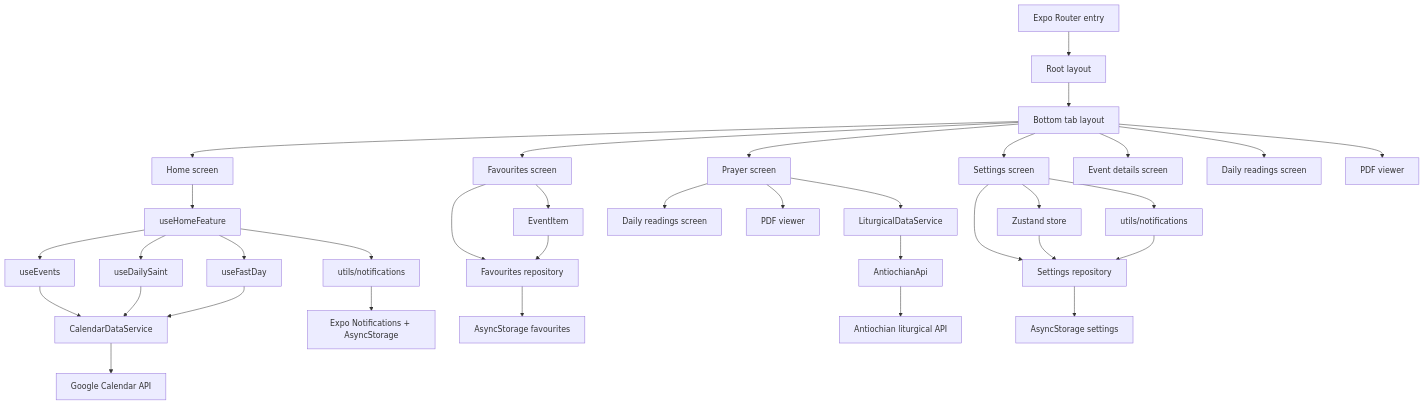
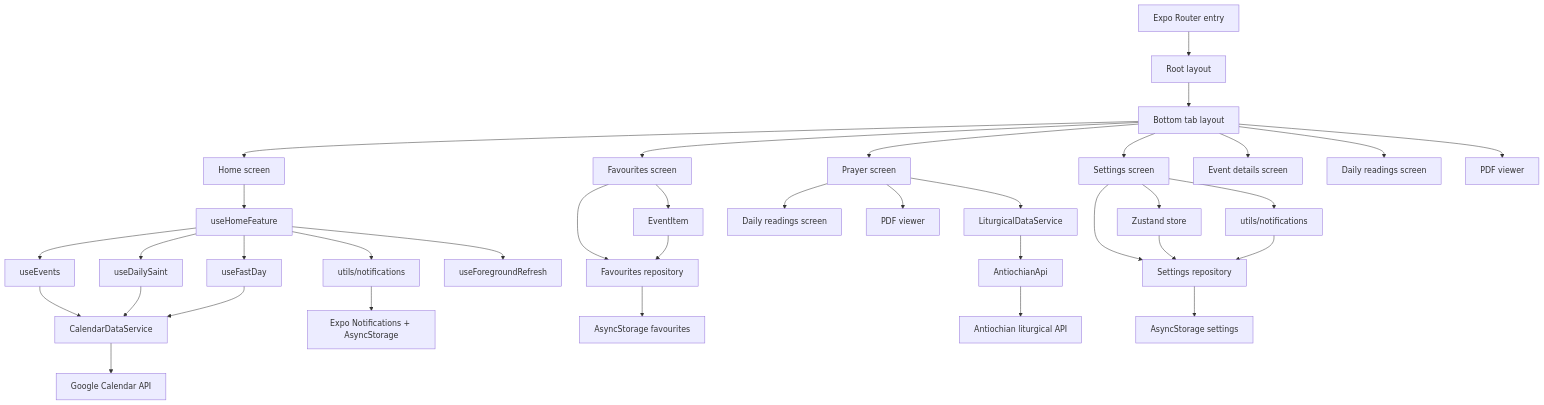
One commit to Edesem/SPAOC changed the diagram in docs/current-architecture.md. Above: the diagram before and after it, drawn with Mermaid. The commit also changed other lines of this file, not shown here.

First line of the commit message:
chore(hooks): document useForegroundRefresh in the architecture notes

````diff
--- a/docs/current-architecture.md
+++ b/docs/current-architecture.md
@@ -54,41 +54,42 @@
 ```mermaid
 flowchart TD
     A[Expo Router entry] --> B[Root layout]
     B --> C[Bottom tab layout]
     C --> D[Home screen]
     C --> E[Favourites screen]
     C --> F[Prayer screen]
     C --> G[Settings screen]
     C --> H[Event details screen]
     C --> I[Daily readings screen]
     C --> J[PDF viewer]
 
     D --> D6[useHomeFeature]
     D6 --> D1[useEvents]
     D6 --> D2[useDailySaint]
     D6 --> D3[useFastDay]
     D6 --> D4[utils/notifications]
+    D6 --> D7[useForegroundRefresh]
     D1 --> D0[CalendarDataService]
     D2 --> D0
     D3 --> D0
     D0 --> D5[Google Calendar API]
     D4 --> D8[Expo Notifications + AsyncStorage]
 
     E --> E0[Favourites repository]
     E --> E2[EventItem]
     E2 --> E0
     E0 --> E1[AsyncStorage favourites]
 
     F --> F0[LiturgicalDataService]
     F0 --> F1[AntiochianApi]
     F1 --> F2[Antiochian liturgical API]
     F --> F3[Daily readings screen]
     F --> F4[PDF viewer]
 
     G --> G1[Zustand store]
     G --> G0[Settings repository]
     G1 --> G0
     G --> G3[utils/notifications]
     G3 --> G0
     G0 --> G2[AsyncStorage settings]
 ```
````
